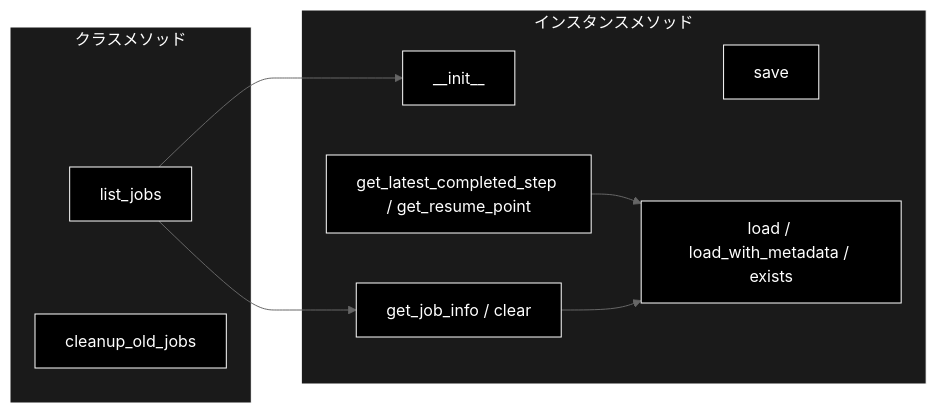
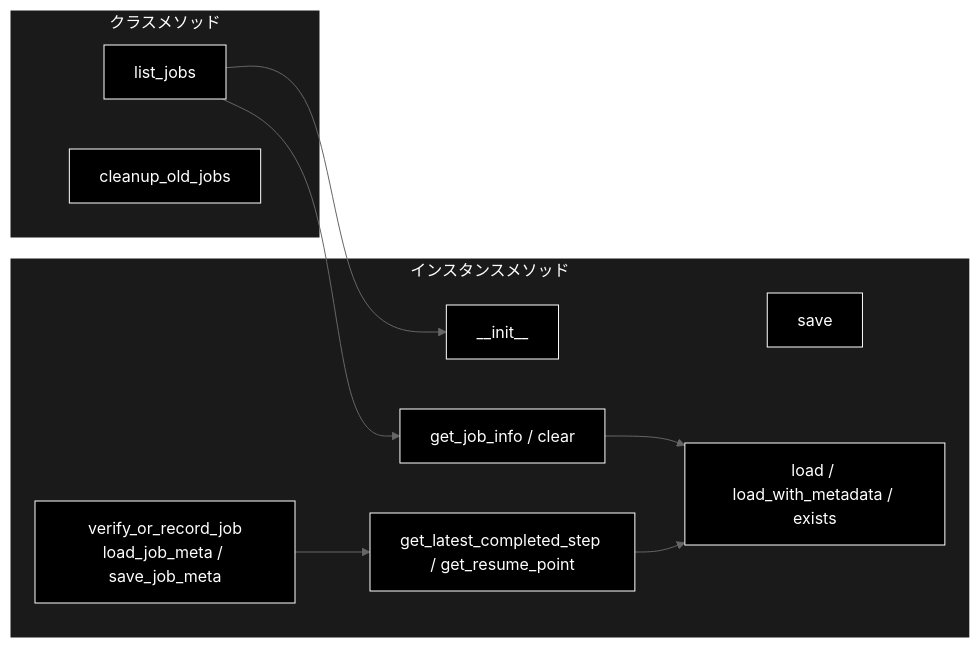
One commit to nakashima2toshio/grace_v2_local changed the second of 3 diagrams in chunking/docs/checkpoint_manager.md. Above: the diagram before and after it, drawn with Mermaid (neutral theme). The commit also changed other lines of this file and 15 other files, not shown here.

````diff
--- a/chunking/docs/checkpoint_manager.md
+++ b/chunking/docs/checkpoint_manager.md
@@ -101,23 +105,25 @@
 ```mermaid
 flowchart LR
     subgraph INST["インスタンスメソッド"]
         INIT["__init__"]
         SAVE["save"]
         LOAD["load / load_with_metadata / exists"]
         RES["get_latest_completed_step / get_resume_point"]
         INFO["get_job_info / clear"]
+        META["verify_or_record_job<br>load_job_meta / save_job_meta"]
     end
     subgraph CLS["クラスメソッド"]
         LIST["list_jobs"]
         CLEAN["cleanup_old_jobs"]
     end
     RES --> LOAD
     INFO --> LOAD
     LIST --> INIT
     LIST --> INFO
+    META --> RES
 classDef default fill:#000,stroke:#fff,color:#fff
 classDef subgraphStyle fill:#1a1a1a,stroke:#fff,color:#fff
-class INIT,SAVE,LOAD,RES,INFO,LIST,CLEAN default
+class INIT,SAVE,LOAD,RES,INFO,LIST,CLEAN,META default
 style INST fill:#1a1a1a,stroke:#fff,color:#fff
 style CLS fill:#1a1a1a,stroke:#fff,color:#fff
 ```
````
